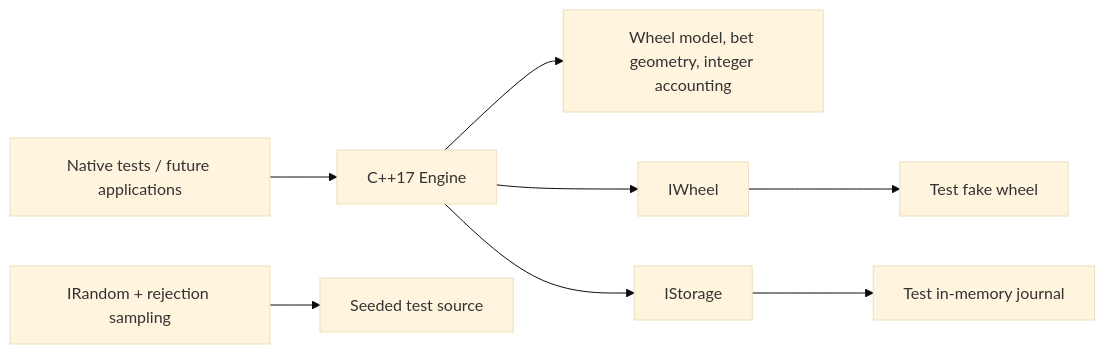
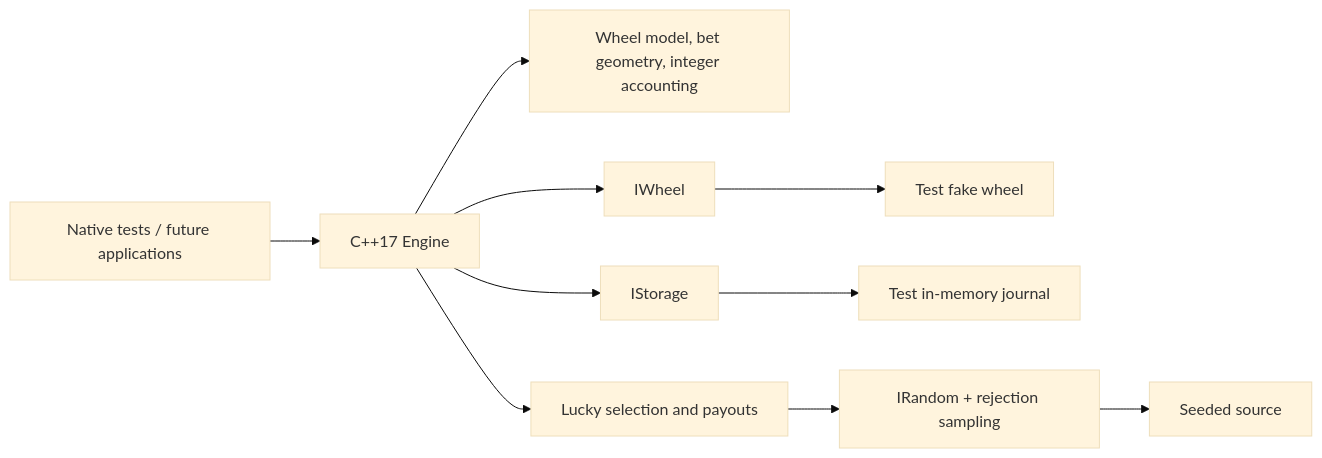
The diagram in README.md (AEIOI-98/mini-etg-roulette), drawn with Mermaid (base theme) before and after one commit. The commit also changed other lines of this file and 4 other files, not shown here.

````diff
--- a/README.md
+++ b/README.md
@@ -59,10 +98,12 @@
 ```mermaid
 flowchart LR
     Caller[Native tests / future applications] --> Engine[C++17 Engine]
     Engine --> Rules[Wheel model, bet geometry, integer accounting]
+    Engine --> Lucky[Lucky selection and payouts]
     Engine --> Wheel[IWheel]
     Engine --> Storage[IStorage]
     Wheel --> Fake[Test fake wheel]
     Storage --> Memory[Test in-memory journal]
-    RNG[IRandom + rejection sampling] --> TestRNG[Seeded test source]
+    Lucky --> RNG[IRandom + rejection sampling]
+    RNG --> TestRNG[Seeded source]
 ```
````
